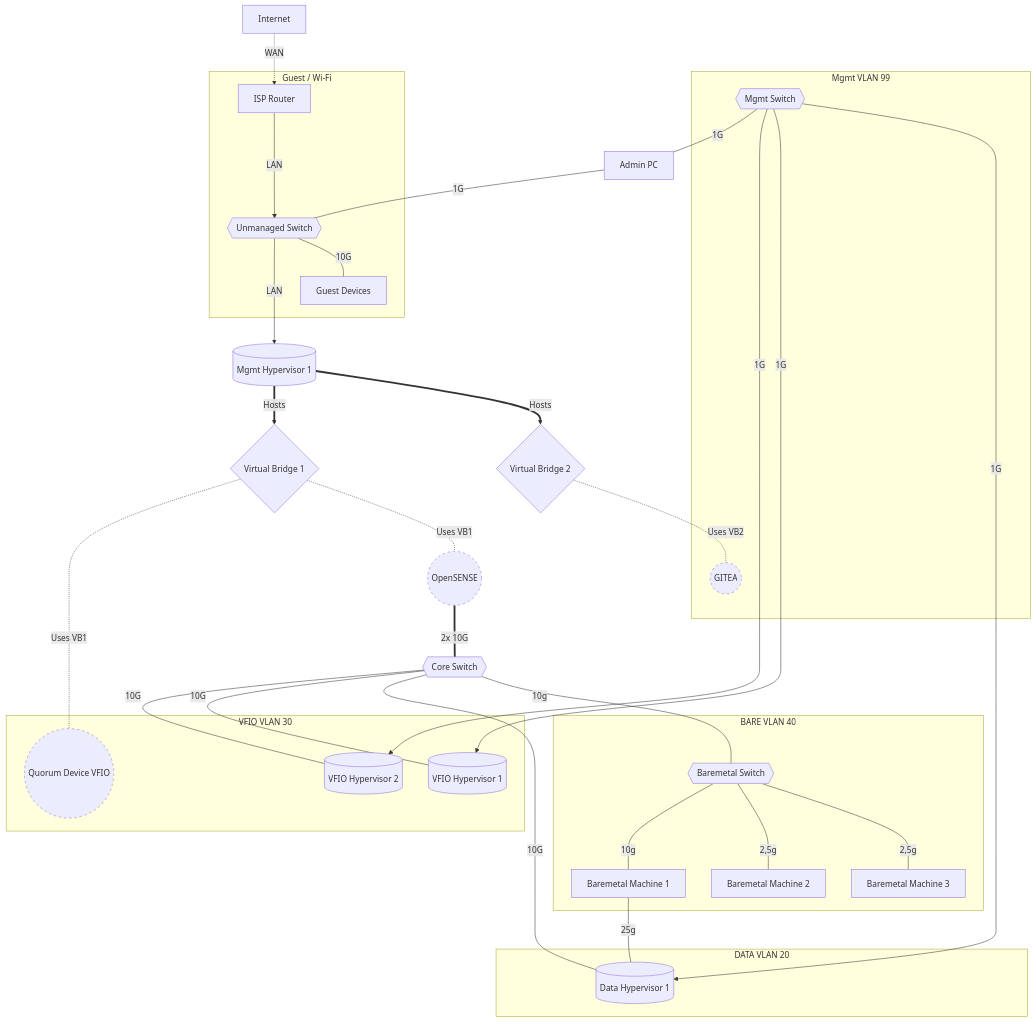
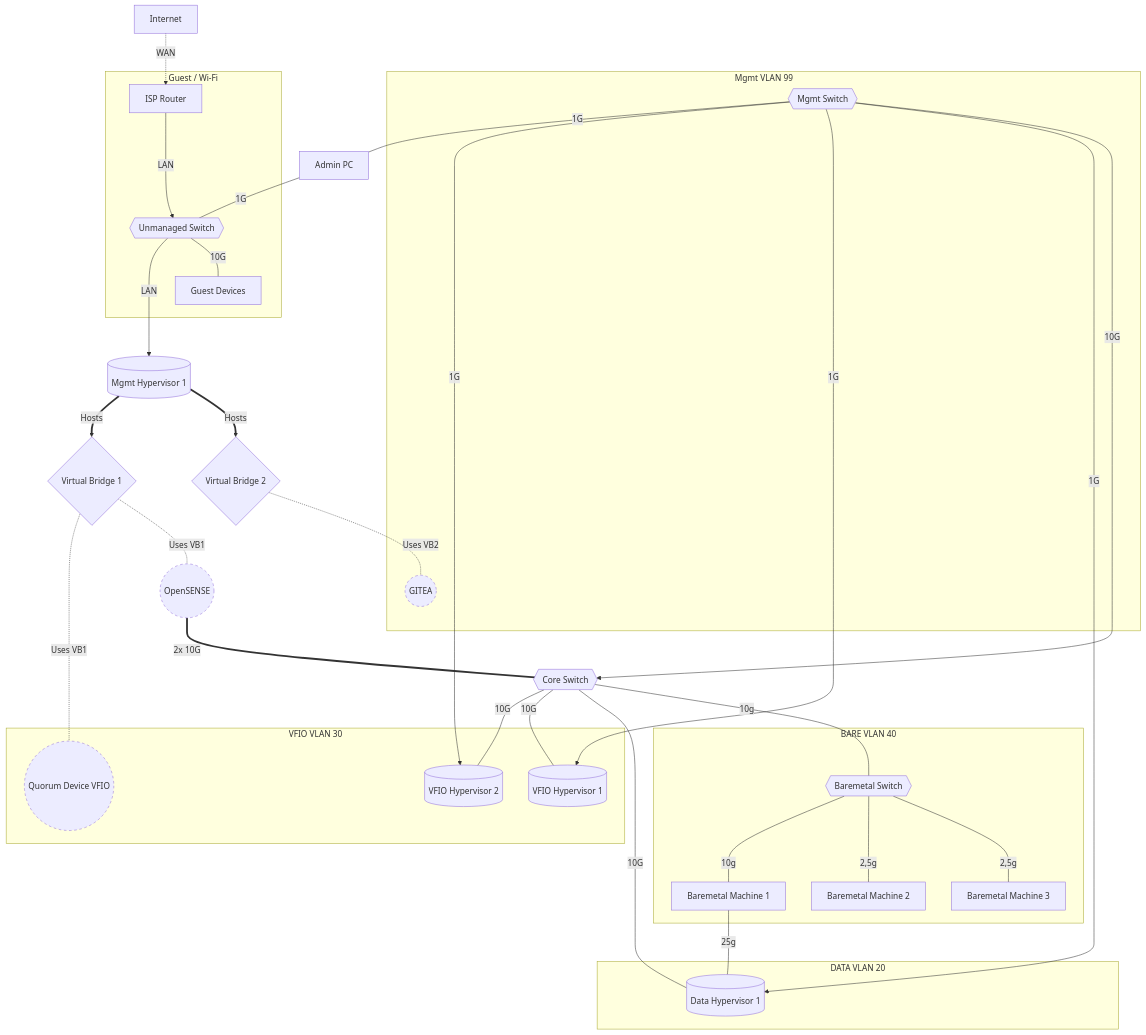
The diagram in alp/netop.md (woeiru/lab), drawn with Mermaid before and after one commit.

Commit message:
alp/netop.md: add 10G connection from mgmt switch to core switch

````diff
--- a/alp/netop.md
+++ b/alp/netop.md
@@ -3,52 +3,53 @@
 ```mermaid
 graph TD
     INT[Internet] -.-> |WAN| ISPR[ISP Router]
     ISPR ---> |LAN| US
     US{{Unmanaged Switch}} ---> |LAN| MH1[(Mgmt Hypervisor 1)]
     VB1{Virtual Bridge 1} -.- |"Uses VB1"| QDV((Quorum Device VFIO))
     VB1 -.- |"Uses VB1"| OPN((OpenSENSE))
     OPN ===|"2x 10G"| CS{{Core Switch}}
     MS{{Mgmt Switch}} ---|"1G"| APC[Admin PC]
     APC ---|"1G"| US
     MH1 ==>|"Hosts"| VB1
     MH1 ==>|"Hosts"| VB2{Virtual Bridge 2}
     VB2 -.- |"Uses VB2"| GIT((GITEA))
     CS ---|"10G"| VH2[(VFIO Hypervisor 2)]
     MS --->|"1G"| VH2
     US ---|"10G"| GD[Guest Devices]
     CS ---|"10G"| VH1[(VFIO Hypervisor 1)]
     MS --->|"1G"| VH1
     CS ---|"10G"| DH1[(Data Hypervisor 1)]
     MS --->|"1G"| DH1
+    MS --->|"10G"| CS
     CS ---|"10g"| BMS{{Baremetal Switch}}
     BMS ---|"10g"| BM1[Baremetal Machine 1]
     BM1 ---|"25g"| DH1
     BMS ---|"2,5g"| BM2[Baremetal Machine 2]
     BMS ---|"2,5g"| BM3[Baremetal Machine 3]
     subgraph VLAN20 [DATA VLAN 20]
         DH1
     end
     subgraph VLAN30 [VFIO VLAN 30]
         VH1
         VH2
         QDV
     end
     subgraph VLAN40 [BARE VLAN 40]
        BMS
        BM1 
        BM2 
        BM3 
     end
 
     subgraph VLAN99 [Mgmt VLAN 99]
         MS
         GIT
     end
     subgraph Guest [Guest / Wi-Fi]
         ISPR
         GD
         US
     end
     classDef punctuated stroke-dasharray: 5 5;
     class GIT,QDV,OPN punctuated;
 ```
````
